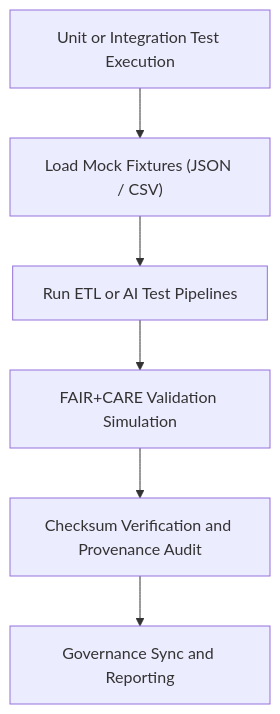
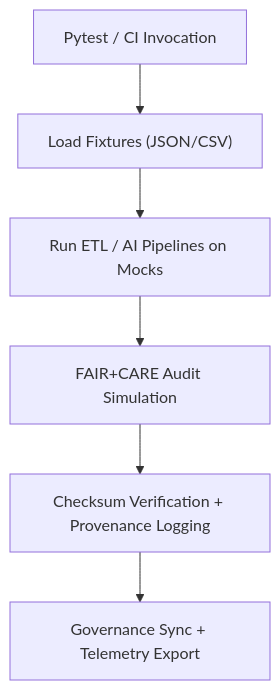
The diagram in tests/fixtures/README.md (bartytime4life/Kansas-Frontier-Matrix), drawn with Mermaid before and after one commit. The commit also changed other lines of this file, not shown here.

````diff
--- a/tests/fixtures/README.md
+++ b/tests/fixtures/README.md
@@ -69,8 +71,8 @@
 ```mermaid
 flowchart TD
-    A["Unit or Integration Test Execution"] --> B["Load Mock Fixtures (JSON / CSV)"]
-    B --> C["Run ETL or AI Test Pipelines"]
-    C --> D["FAIR+CARE Validation Simulation"]
-    D --> E["Checksum Verification and Provenance Audit"]
-    E --> F["Governance Sync and Reporting"]
+A["Pytest / CI Invocation"] --> B["Load Fixtures (JSON/CSV)"]
+B --> C["Run ETL / AI Pipelines on Mocks"]
+C --> D["FAIR+CARE Audit Simulation"]
+D --> E["Checksum Verification + Provenance Logging"]
+E --> F["Governance Sync + Telemetry Export"]
 ```
````
